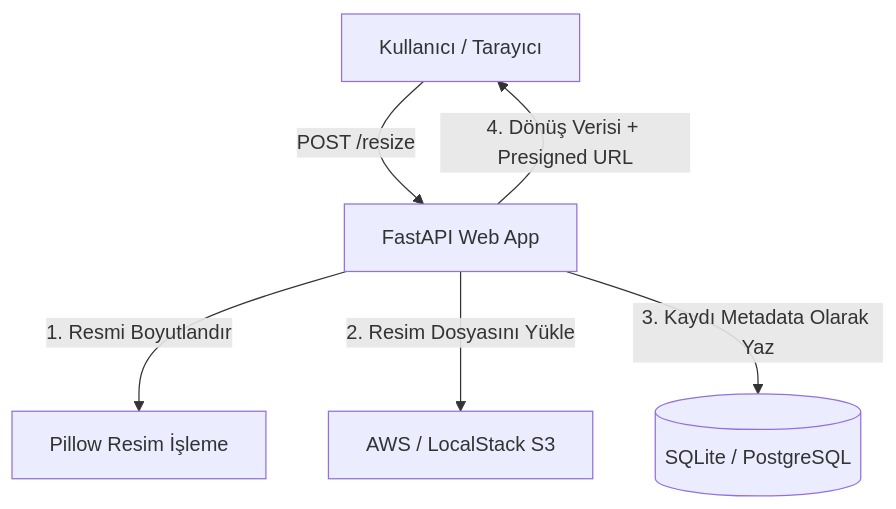
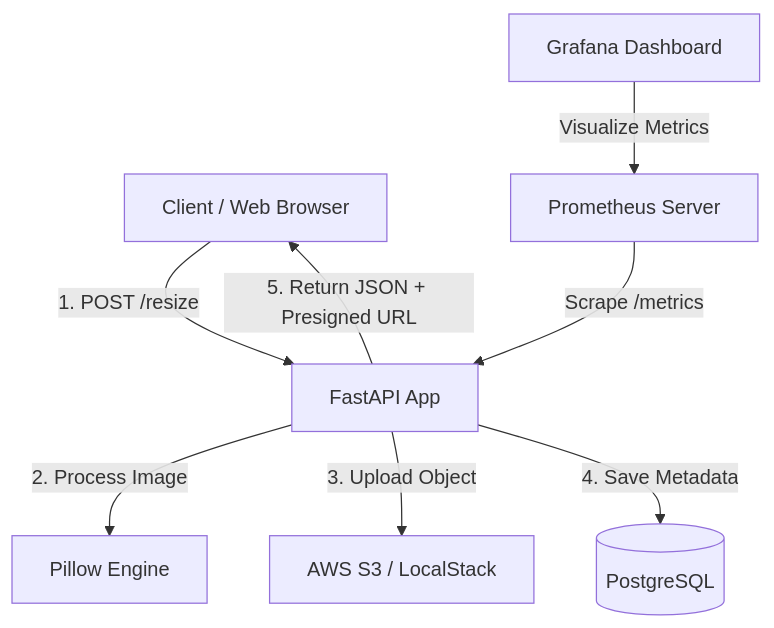
Before and after one commit to arif-kucukesmekaya/image-resize-service-test-engineering-project: the diagram in README.md, drawn with Mermaid. The commit also changed other lines of this file, not shown here.

````diff
--- a/README.md
+++ b/README.md
@@ -11,8 +23,11 @@
 ```mermaid
 graph TD
-    Client[Kullanıcı / Tarayıcı] -->|POST /resize| API[FastAPI Web App]
-    API -->|1. Resmi Boyutlandır| Pillow[Pillow Resim İşleme]
-    API -->|2. Resim Dosyasını Yükle| S3[AWS / LocalStack S3]
-    API -->|3. Kaydı Metadata Olarak Yaz| DB[(SQLite / PostgreSQL)]
-    API -->|4. Dönüş Verisi + Presigned URL| Client
+    Client[Client / Web Browser] -->|1. POST /resize| API[FastAPI App]
+    API -->|2. Process Image| Pillow[Pillow Engine]
+    API -->|3. Upload Object| S3[AWS S3 / LocalStack]
+    API -->|4. Save Metadata| DB[(PostgreSQL)]
+    API -->|5. Return JSON + Presigned URL| Client
+    
+    Prometheus[Prometheus Server] -->|Scrape /metrics| API
+    Grafana[Grafana Dashboard] -->|Visualize Metrics| Prometheus
 ```
````
